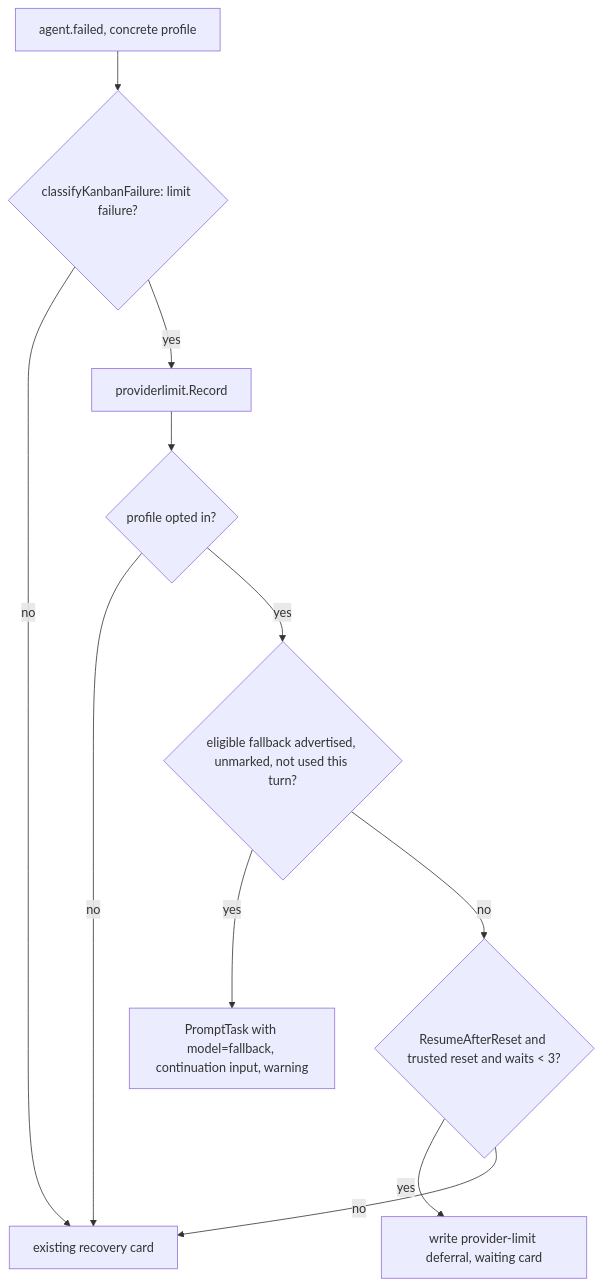
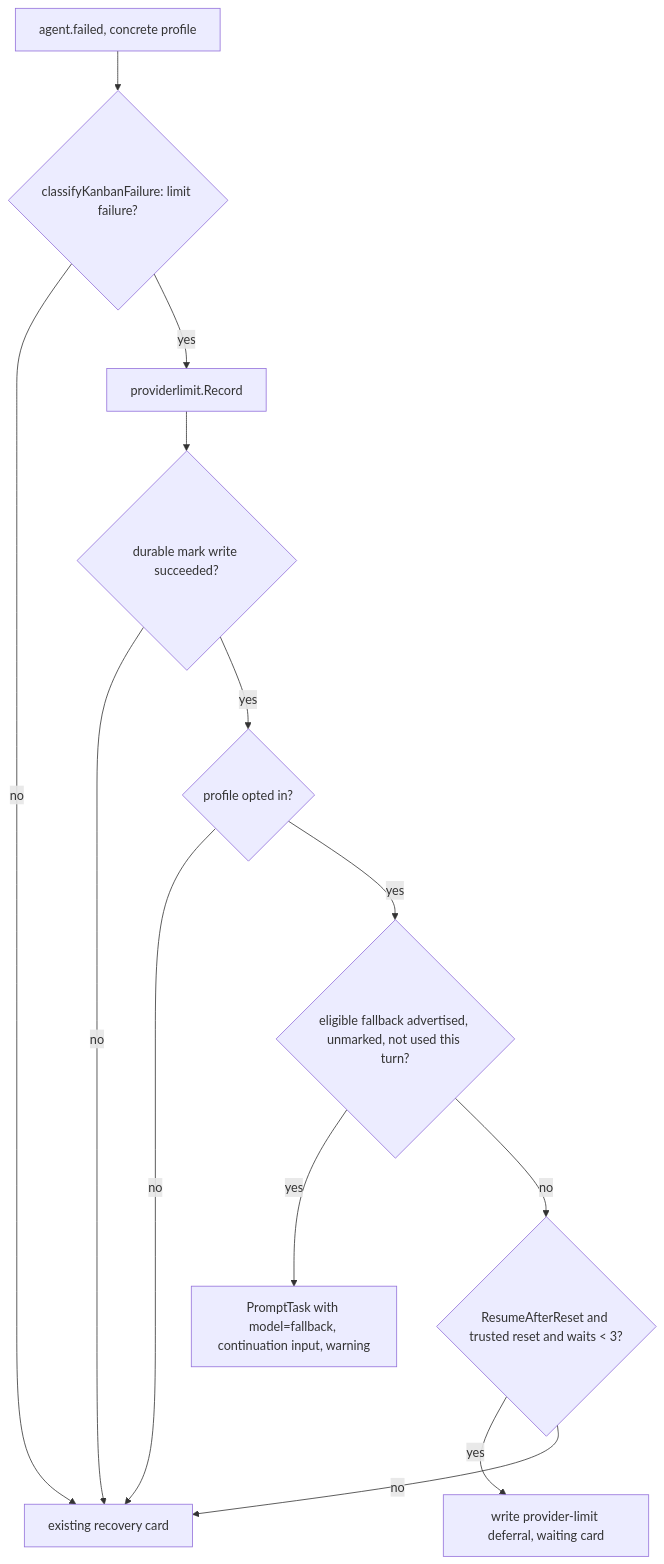
The diagram in docs/specs/agents/system-design/provider-limit-recovery.md (Fclem/kandev), drawn with Mermaid before and after one commit. The commit also changed other lines of this file and 9 other files, not shown here.

Commit message:
docs: make provider-limit recovery restart safe

````diff
--- a/docs/specs/agents/system-design/provider-limit-recovery.md
+++ b/docs/specs/agents/system-design/provider-limit-recovery.md
@@ -259,13 +270,15 @@
 ```mermaid
 flowchart TD
   F[agent.failed, concrete profile] --> C{classifyKanbanFailure: limit failure?}
   C -- no --> R[existing recovery card]
   C -- yes --> M[providerlimit.Record]
-  M --> O{profile opted in?}
+  M --> D{durable mark write succeeded?}
+  D -- no --> R[existing recovery card]
+  D -- yes --> O{profile opted in?}
   O -- no --> R
   O -- yes --> FB{eligible fallback advertised, unmarked, not used this turn?}
   FB -- yes --> S[PromptTask with model=fallback, continuation input, warning]
   FB -- no --> W{ResumeAfterReset and trusted reset and waits < 3?}
-  W -- yes --> D[write provider-limit deferral, waiting card]
+  W -- yes --> WAIT[write provider-limit deferral, waiting card]
   W -- no --> R
 ```
````
